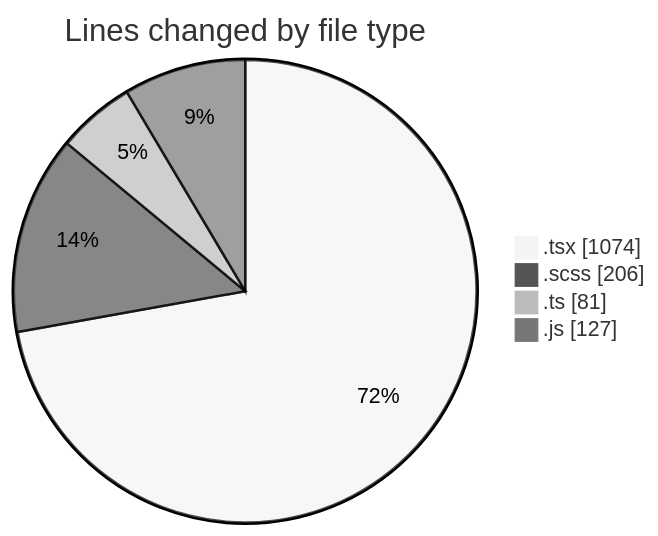
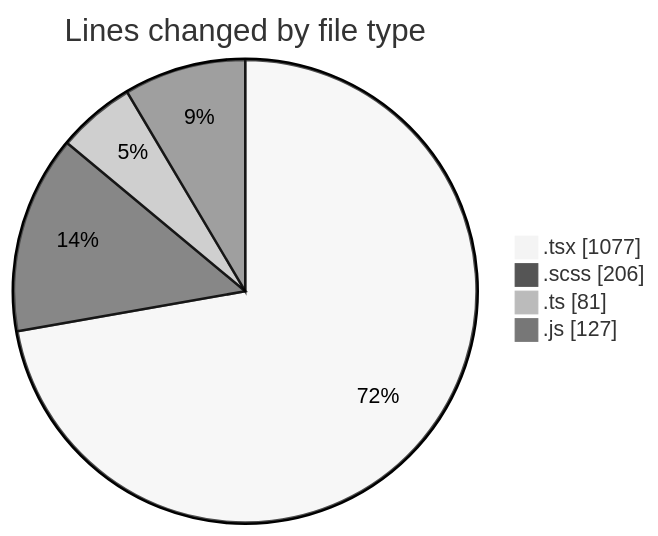
The first of 2 diagrams in 2026-04-23/cda/README.md (momahboobian/code-tracking), drawn with Mermaid (neutral theme) before and after one commit. The commit also changed other lines of this file and 1 other file, not shown here.

````diff
--- a/2026-04-23/cda/README.md
+++ b/2026-04-23/cda/README.md
@@ -29,8 +29,8 @@
 ```mermaid
 pie showData
 title Lines changed by file type
-".tsx" : 1074
+".tsx" : 1077
 ".scss" : 206
 ".ts" : 81
 ".js" : 127
 ```
````
